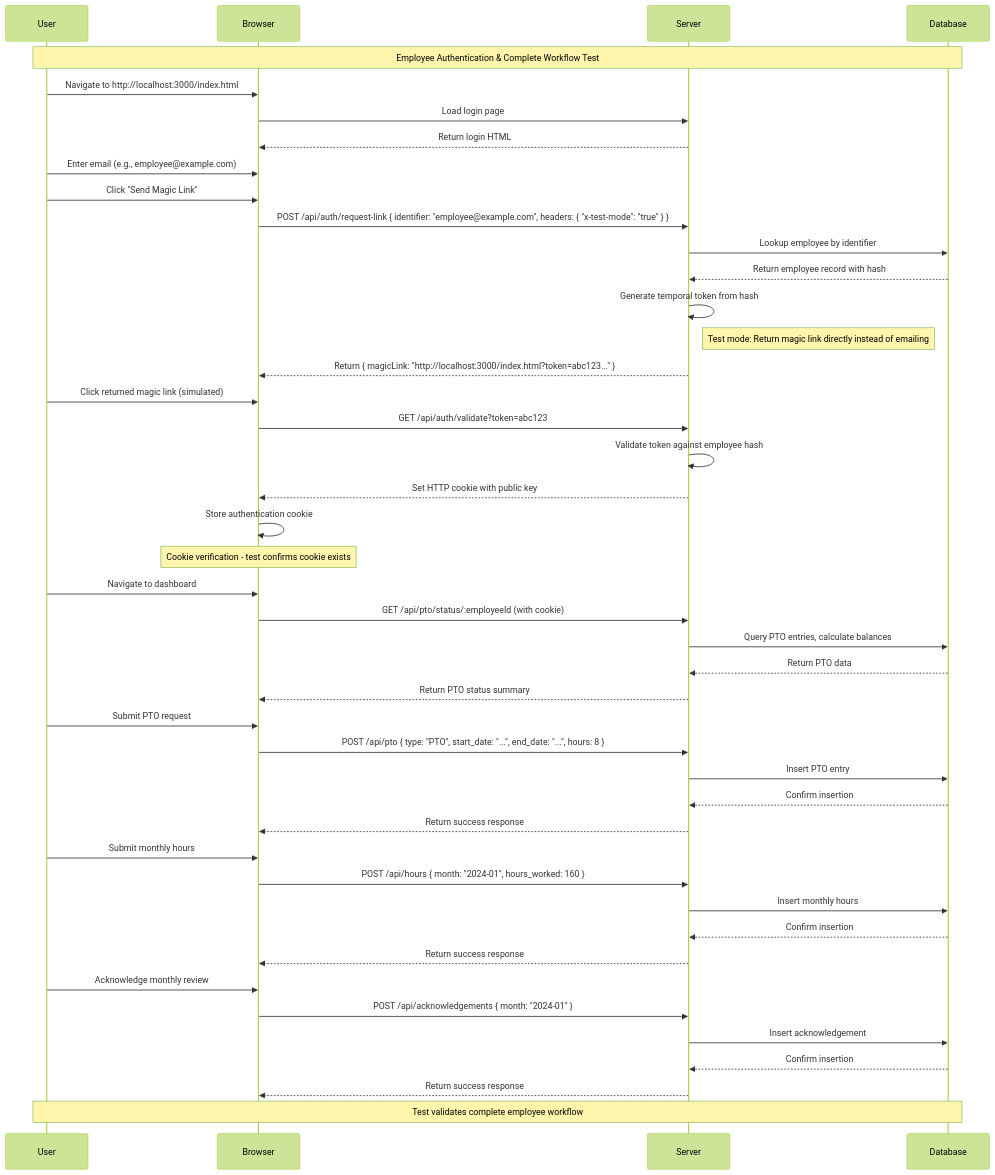
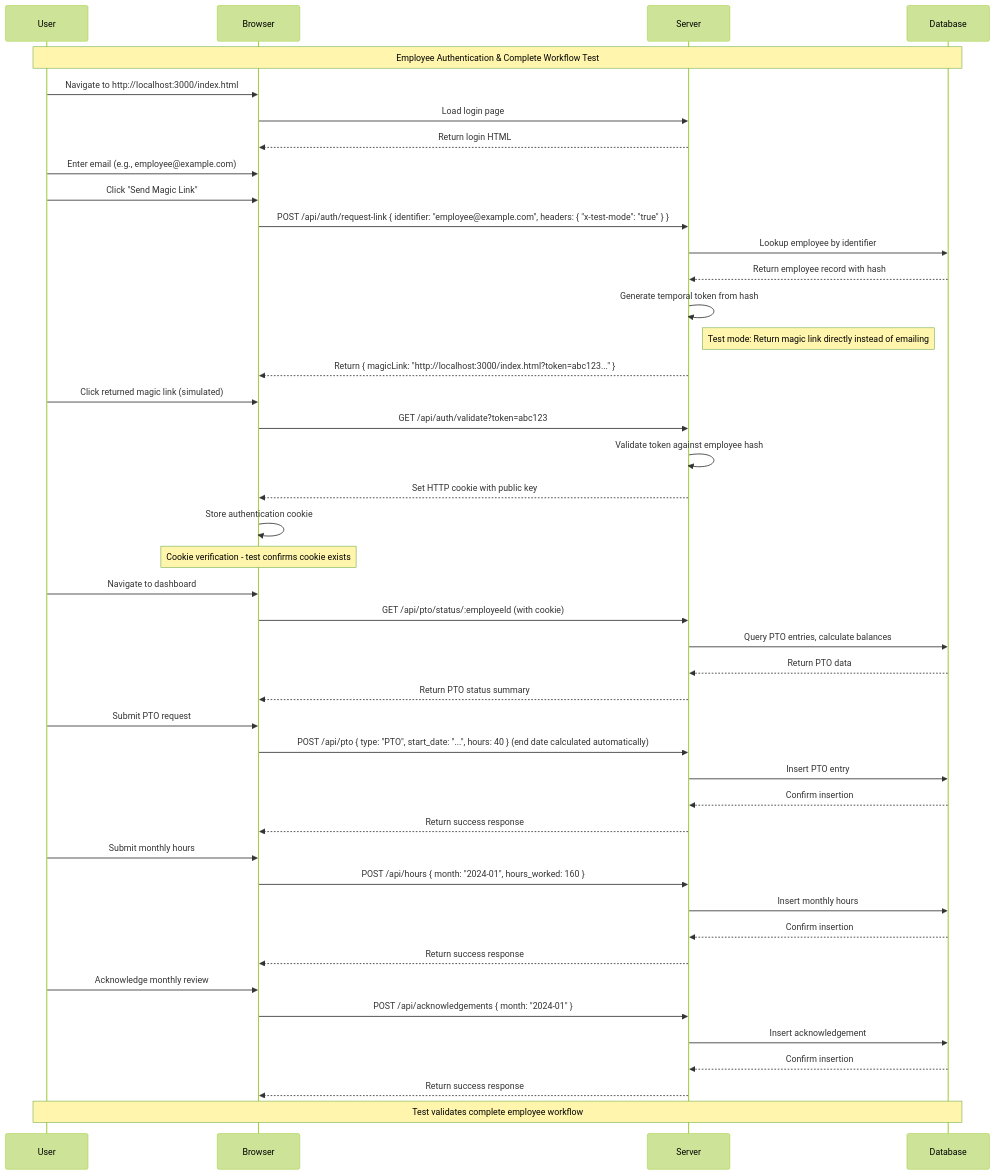
The diagram in README.md (corey-alix/dwp-hours), drawn with Mermaid (forest theme) before and after one commit. The commit also changed other lines of this file and 14 other files, not shown here.

````diff
--- a/README.md
+++ b/README.md
@@ -433,57 +464,57 @@
 ```mermaid
 sequenceDiagram
     participant User
     participant Browser
     participant Server
     participant Database
 
     Note over User,Database: Employee Authentication & Complete Workflow Test
 
     User->>Browser: Navigate to http://localhost:3000/index.html
     Browser->>Server: Load login page
     Server-->>Browser: Return login HTML
 
     User->>Browser: Enter email (e.g., employee@example.com)
     User->>Browser: Click "Send Magic Link"
 
     Browser->>Server: POST /api/auth/request-link { identifier: "employee@example.com", headers: { "x-test-mode": "true" } }
     Server->>Database: Lookup employee by identifier
     Database-->>Server: Return employee record with hash
     Server->>Server: Generate temporal token from hash
     Note right of Server: Test mode: Return magic link directly instead of emailing
     Server-->>Browser: Return { magicLink: "http://localhost:3000/index.html?token=abc123..." }
 
     User->>Browser: Click returned magic link (simulated)
     Browser->>Server: GET /api/auth/validate?token=abc123
     Server->>Server: Validate token against employee hash
     Server-->>Browser: Set HTTP cookie with public key
     Browser->>Browser: Store authentication cookie
 
     Note over Browser: Cookie verification - test confirms cookie exists
 
     User->>Browser: Navigate to dashboard
     Browser->>Server: GET /api/pto/status/:employeeId (with cookie)
     Server->>Database: Query PTO entries, calculate balances
     Database-->>Server: Return PTO data
     Server-->>Browser: Return PTO status summary
 
     User->>Browser: Submit PTO request
-    Browser->>Server: POST /api/pto { type: "PTO", start_date: "...", end_date: "...", hours: 8 }
+    Browser->>Server: POST /api/pto { type: "PTO", start_date: "...", hours: 40 } (end date calculated automatically)
     Server->>Database: Insert PTO entry
     Database-->>Server: Confirm insertion
     Server-->>Browser: Return success response
 
     User->>Browser: Submit monthly hours
     Browser->>Server: POST /api/hours { month: "2024-01", hours_worked: 160 }
     Server->>Database: Insert monthly hours
     Database-->>Server: Confirm insertion
     Server-->>Browser: Return success response
 
     User->>Browser: Acknowledge monthly review
     Browser->>Server: POST /api/acknowledgements { month: "2024-01" }
     Server->>Database: Insert acknowledgement
     Database-->>Server: Confirm insertion
     Server-->>Browser: Return success response
 
     Note over User,Database: Test validates complete employee workflow
 ```
````
